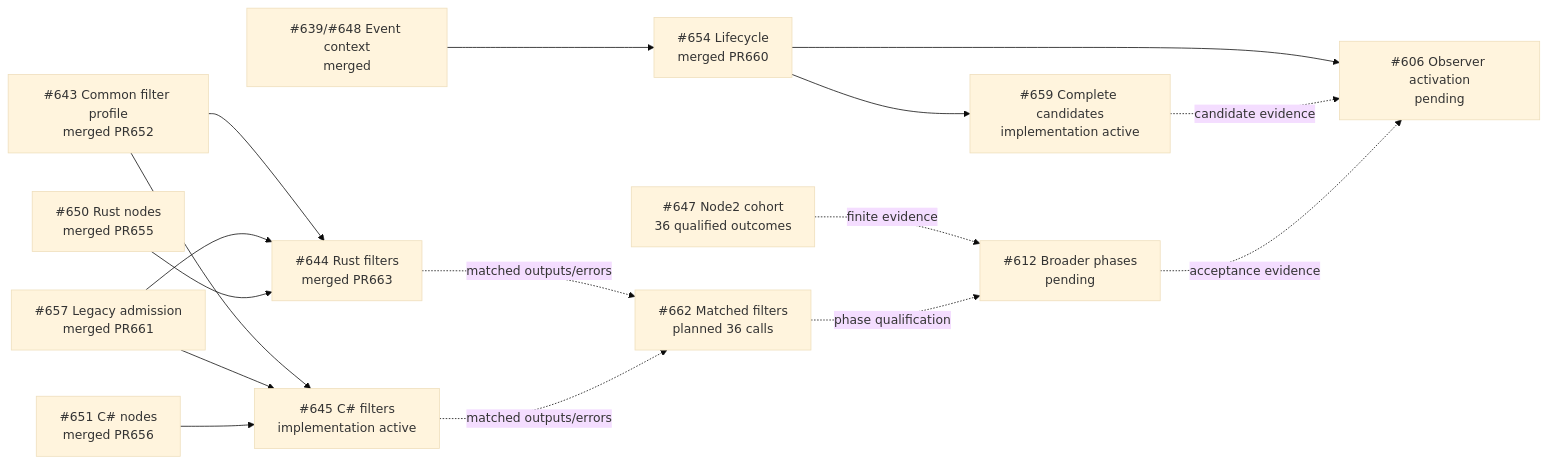
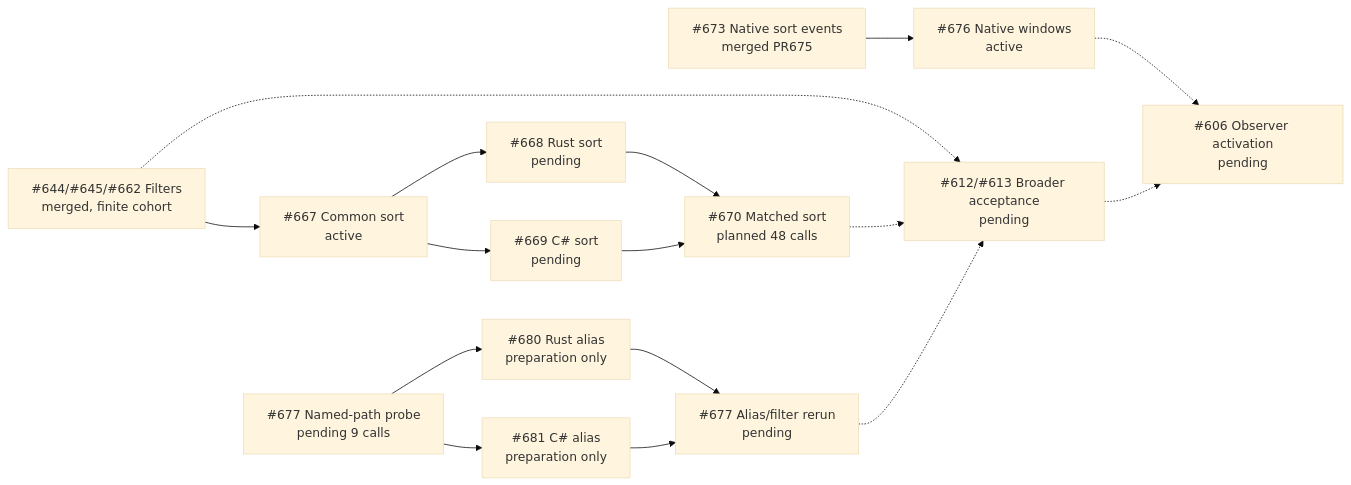
The first of 7 diagrams in docs/parallel-work.md (Aaqibhafeezkhan/ferrule), drawn with Mermaid (base theme) before and after one commit. The commit also changed other lines of this file and 1 other file, not shown here.

Commit message:
Update Basic filter and observer coordination roadmap

````diff
--- a/docs/parallel-work.md
+++ b/docs/parallel-work.md
@@ -33,18 +43,31 @@
 ```mermaid
 flowchart LR
-    Common["#643 Common filter profile<br/>merged PR652"] --> Rust["#644 Rust filters<br/>merged PR663"]
-    Common --> CSharp["#645 C# filters<br/>implementation active"]
-    Admission["#657 Legacy admission<br/>merged PR661"] --> Rust
-    Admission --> CSharp
-    RustNodes["#650 Rust nodes<br/>merged PR655"] --> Rust
-    CSharpNodes["#651 C# nodes<br/>merged PR656"] --> CSharp
-    Rust -. "matched outputs/errors" .-> Filters["#662 Matched filters<br/>planned 36 calls"]
-    CSharp -. "matched outputs/errors" .-> Filters
-    Events["#639/#648 Event context<br/>merged"] --> Lifecycle["#654 Lifecycle<br/>merged PR660"]
-    Lifecycle --> Observers["#606 Observer activation<br/>pending"]
-    Lifecycle --> Candidates["#659 Complete candidates<br/>implementation active"]
-    Candidates -. "candidate evidence" .-> Observers
-    NodeProof["#647 Node2 cohort<br/>36 qualified outcomes"] -. "finite evidence" .-> Broader["#612 Broader phases<br/>pending"]
-    Filters -. "phase qualification" .-> Broader
-    Broader -. "acceptance evidence" .-> Observers
+    Filters["#644/#645/#662 Filters<br/>merged, finite cohort"]
+    SortCommon["#667 Common sort<br/>active"]
+    SortRust["#668 Rust sort<br/>pending"]
+    SortCSharp["#669 C# sort<br/>pending"]
+    SortMatched["#670 Matched sort<br/>planned 48 calls"]
+    SortObserve["#673 Native sort events<br/>merged PR675"]
+    Window["#676 Native windows<br/>active"]
+    AliasProbe["#677 Named-path probe<br/>pending 9 calls"]
+    AliasRust["#680 Rust alias<br/>preparation only"]
+    AliasCSharp["#681 C# alias<br/>preparation only"]
+    AliasMatched["#677 Alias/filter rerun<br/>pending"]
+    Broader["#612/#613 Broader acceptance<br/>pending"]
+    Observers["#606 Observer activation<br/>pending"]
+    Filters --> SortCommon
+    SortCommon --> SortRust
+    SortCommon --> SortCSharp
+    SortRust --> SortMatched
+    SortCSharp --> SortMatched
+    SortObserve --> Window
+    AliasProbe --> AliasRust
+    AliasProbe --> AliasCSharp
+    AliasRust --> AliasMatched
+    AliasCSharp --> AliasMatched
+    Filters -.-> Broader
+    SortMatched -.-> Broader
+    AliasMatched -.-> Broader
+    Window -.-> Observers
+    Broader -.-> Observers
 ```
````
